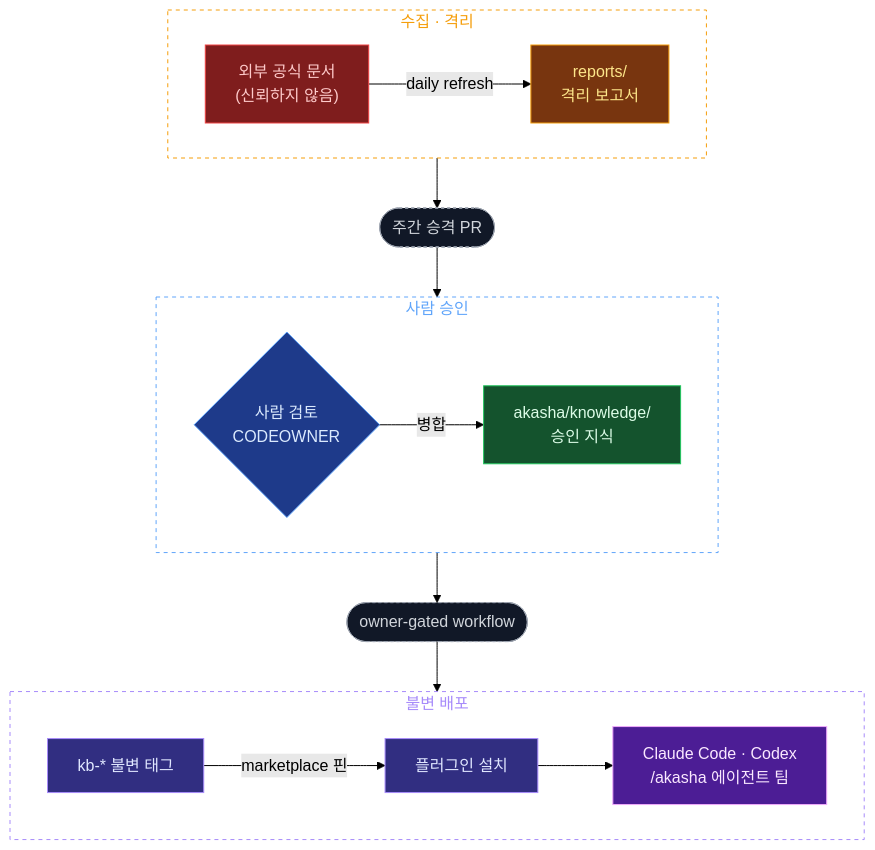
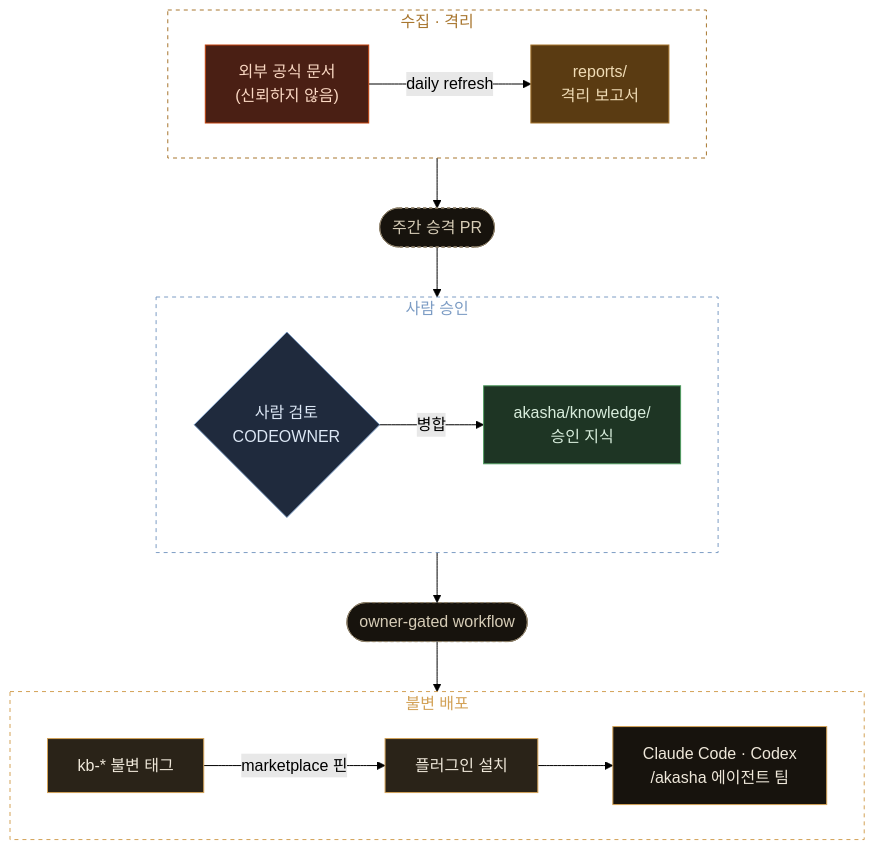
The diagram in README.md (NeatKYU/akasha), drawn with Mermaid (forest theme) before and after one commit. The commit also changed other lines of this file and 3 other files, not shown here.

````diff
--- a/README.md
+++ b/README.md
@@ -27,35 +98,35 @@
 ```mermaid
 flowchart TD
     subgraph S1["수집 · 격리"]
         direction LR
         E["외부 공식 문서<br/>(신뢰하지 않음)"] -->|daily refresh| Q["reports/<br/>격리 보고서"]
     end
 
     subgraph S2["사람 승인"]
         direction LR
         R{"사람 검토<br/>CODEOWNER"} -->|병합| M["akasha/knowledge/<br/>승인 지식"]
     end
 
     subgraph S3["불변 배포"]
         direction LR
         T["kb-* 불변 태그"] -->|marketplace 핀| I["플러그인 설치"] --> A["Claude Code · Codex<br/>/akasha 에이전트 팀"]
     end
 
     Q --> G1(["주간 승격 PR"])
     G1 --> R
     M --> G2(["owner-gated workflow"])
     G2 --> T
 
-    style E fill:#7f1d1d,stroke:#ef4444,color:#fecaca
-    style Q fill:#78350f,stroke:#f59e0b,color:#fde68a
-    style R fill:#1e3a8a,stroke:#60a5fa,color:#dbeafe
-    style M fill:#14532d,stroke:#22c55e,color:#dcfce7
-    style T fill:#312e81,stroke:#a78bfa,color:#e0e7ff
-    style I fill:#312e81,stroke:#a78bfa,color:#e0e7ff
-    style A fill:#4c1d95,stroke:#f0abfc,color:#fae8ff
-    style G1 fill:#111827,stroke:#9ca3af,stroke-dasharray:3 3,color:#d1d5db
-    style G2 fill:#111827,stroke:#9ca3af,stroke-dasharray:3 3,color:#d1d5db
-    style S1 fill:transparent,stroke:#f59e0b,stroke-dasharray:4 4,color:#f59e0b
-    style S2 fill:transparent,stroke:#60a5fa,stroke-dasharray:4 4,color:#60a5fa
-    style S3 fill:transparent,stroke:#a78bfa,stroke-dasharray:4 4,color:#a78bfa
+    style E fill:#4A1F14,stroke:#C2410C,color:#FBD9C4
+    style Q fill:#5A3B12,stroke:#A8762F,color:#F0DCB6
+    style R fill:#1F2A3D,stroke:#7C9CC4,color:#DCE7F5
+    style M fill:#1E3524,stroke:#4E9A5F,color:#D8EDDC
+    style T fill:#2A2318,stroke:#D3A257,color:#EFE8DA
+    style I fill:#2A2318,stroke:#D3A257,color:#EFE8DA
+    style A fill:#17130D,stroke:#D3A257,color:#EFE8DA
+    style G1 fill:#17130D,stroke:#8C7F68,stroke-dasharray:3 3,color:#D6CCB6
+    style G2 fill:#17130D,stroke:#8C7F68,stroke-dasharray:3 3,color:#D6CCB6
+    style S1 fill:transparent,stroke:#A8762F,stroke-dasharray:4 4,color:#A8762F
+    style S2 fill:transparent,stroke:#7C9CC4,stroke-dasharray:4 4,color:#7C9CC4
+    style S3 fill:transparent,stroke:#D3A257,stroke-dasharray:4 4,color:#D3A257
 ```
````
